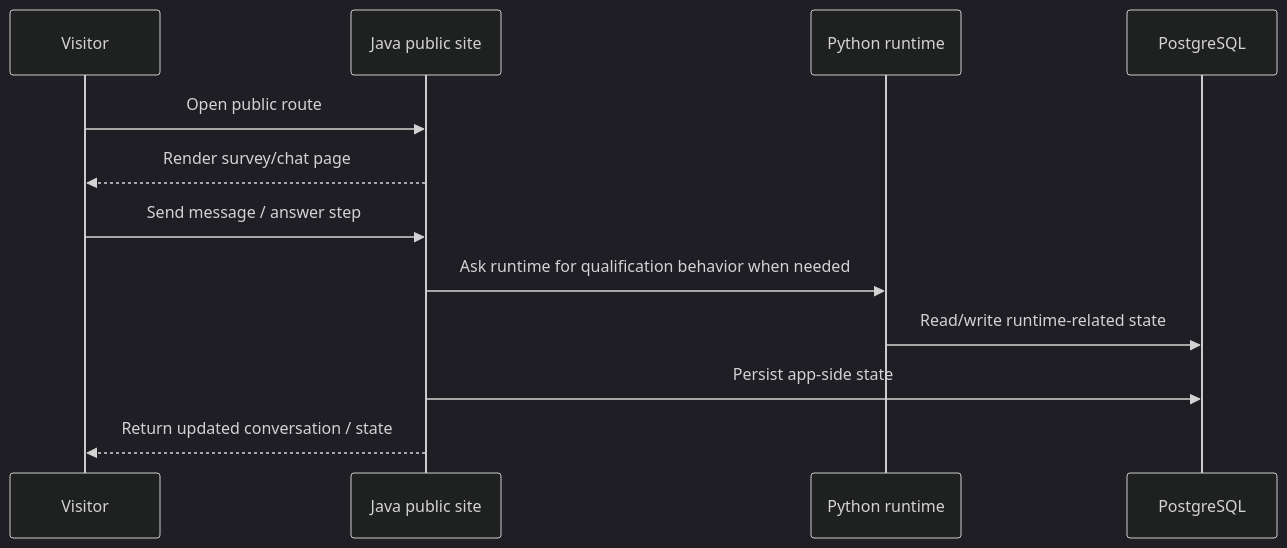
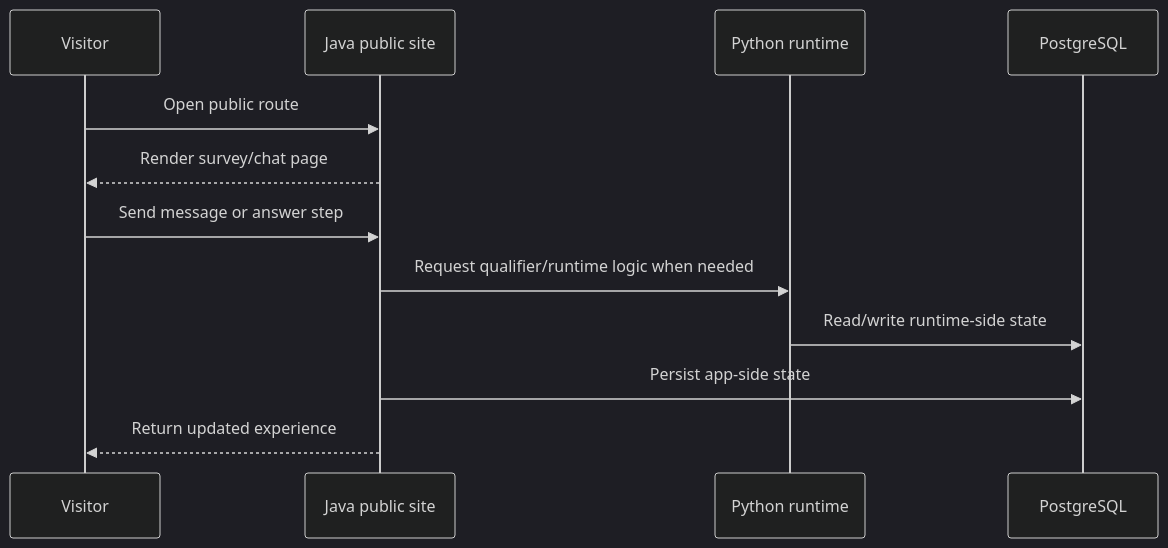
One commit to Codere11/ACE-RealEstate-Showcase changed the third of 4 diagrams in ARCHITECTURE.md. Above: the diagram before and after it, drawn with Mermaid (dark theme). The commit also changed other lines of this file and 227 other files, not shown here.

````diff
--- a/ARCHITECTURE.md
+++ b/ARCHITECTURE.md
@@ -86,15 +68,15 @@
 ```mermaid
 sequenceDiagram
     participant V as Visitor
     participant J as Java public site
     participant P as Python runtime
     participant DB as PostgreSQL
 
     V->>J: Open public route
     J-->>V: Render survey/chat page
-    V->>J: Send message / answer step
-    J->>P: Ask runtime for qualification behavior when needed
-    P->>DB: Read/write runtime-related state
+    V->>J: Send message or answer step
+    J->>P: Request qualifier/runtime logic when needed
+    P->>DB: Read/write runtime-side state
     J->>DB: Persist app-side state
-    J-->>V: Return updated conversation / state
+    J-->>V: Return updated experience
 ```
````
